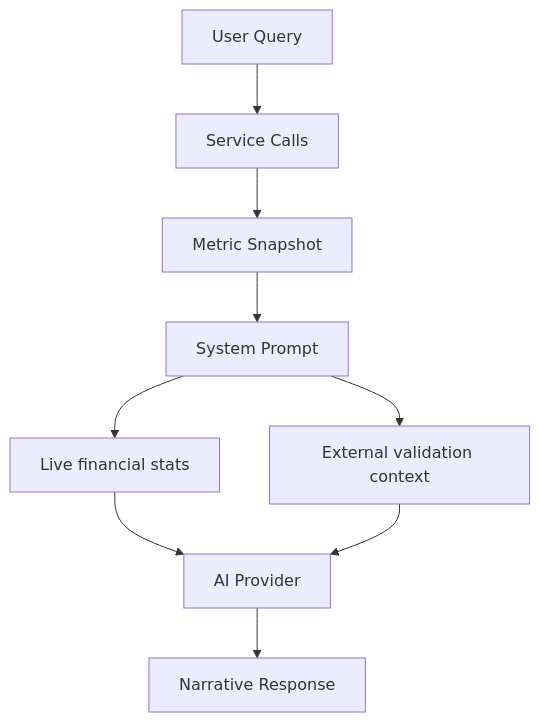
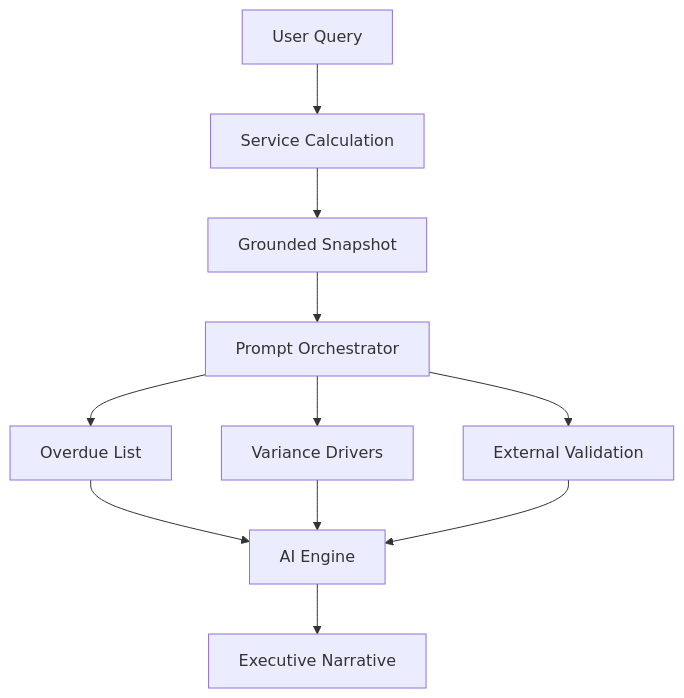
One commit to krishan2005op/CashGuardian1 changed the fifth of 5 diagrams in docs/methodology.md. Above: the diagram before and after it, drawn with Mermaid. The commit also changed other lines of this file and 8 other files, not shown here.

````diff
--- a/docs/methodology.md
+++ b/docs/methodology.md
@@ -119,10 +147,11 @@
 ```mermaid
 flowchart TD
-    Q[User Query] --> SVC[Service Calls]
-    SVC --> SNAP[Metric Snapshot]
-    SNAP --> P[System Prompt]
-    P --> DATA[Live financial stats]
-    P --> VAL[External validation context]
-    DATA & VAL --> AI[AI Provider]
-    AI --> RESP[Narrative Response]
+    Q[User Query] --> SVC[Service Calculation]
+    SVC --> SNAP[Grounded Snapshot]
+    SNAP --> P[Prompt Orchestrator]
+    P --> OB[Overdue List]
+    P --> VB[Variance Drivers]
+    P --> EB[External Validation]
+    OB & VB & EB --> AI[AI Engine]
+    AI --> RESP[Executive Narrative]
 ```
````
